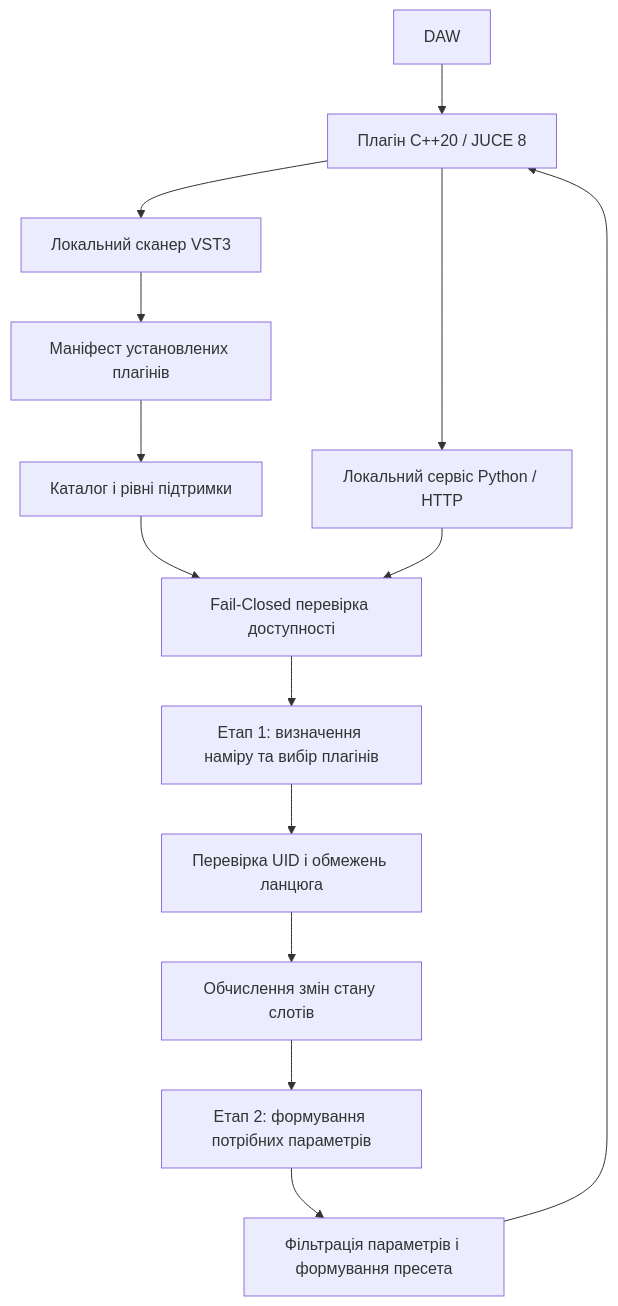
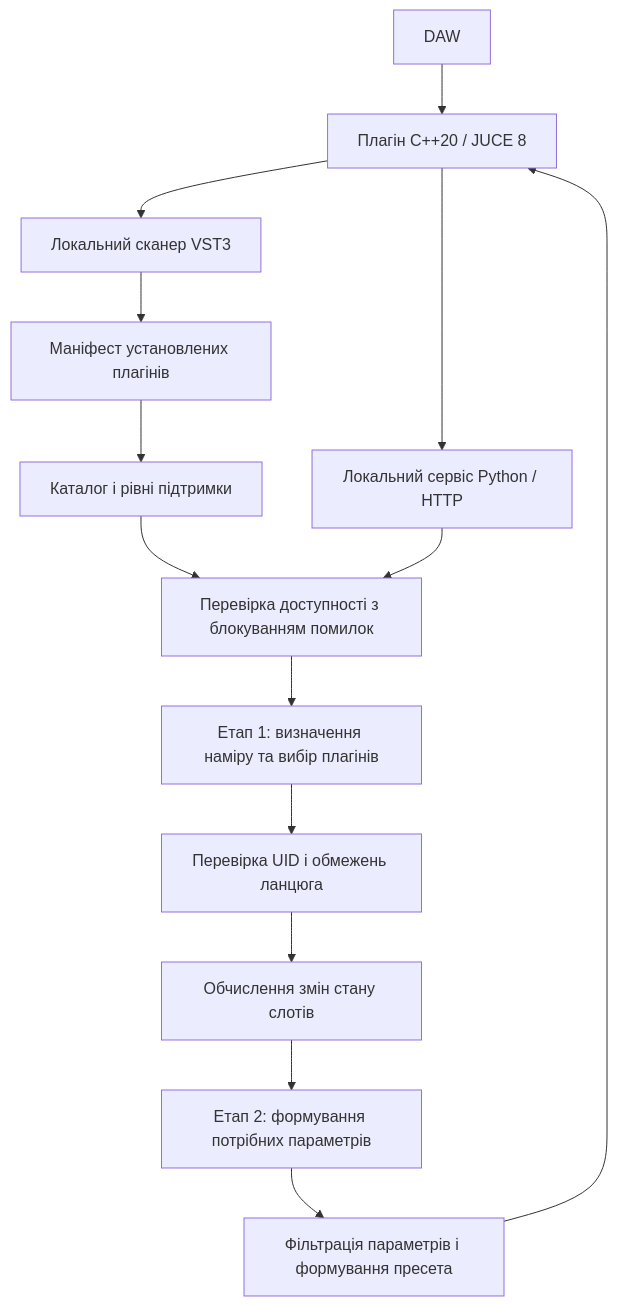
The diagram in README.md (DenisShumilov/chainprompt-ai), drawn with Mermaid before and after one commit. The commit also changed other lines of this file and 4 other files, not shown here.

````diff
--- a/README.md
+++ b/README.md
@@ -28,16 +28,16 @@
 ```mermaid
 flowchart TD
     DAW["DAW"] --> Plugin["Плагін C++20 / JUCE 8"]
     Plugin --> Scanner["Локальний сканер VST3"]
     Scanner --> Manifest["Маніфест установлених плагінів"]
     Manifest --> Catalog["Каталог і рівні підтримки"]
     Plugin --> API["Локальний сервіс Python / HTTP"]
-    Catalog --> Gate["Fail-Closed перевірка доступності"]
+    Catalog --> Gate["Перевірка доступності з блокуванням помилок"]
     API --> Gate
     Gate --> Plan["Етап 1: визначення наміру та вибір плагінів"]
     Plan --> Validate["Перевірка UID і обмежень ланцюга"]
     Validate --> Diff["Обчислення змін стану слотів"]
     Diff --> Params["Етап 2: формування потрібних параметрів"]
     Params --> Filters["Фільтрація параметрів і формування пресета"]
     Filters --> Plugin
 ```
````
